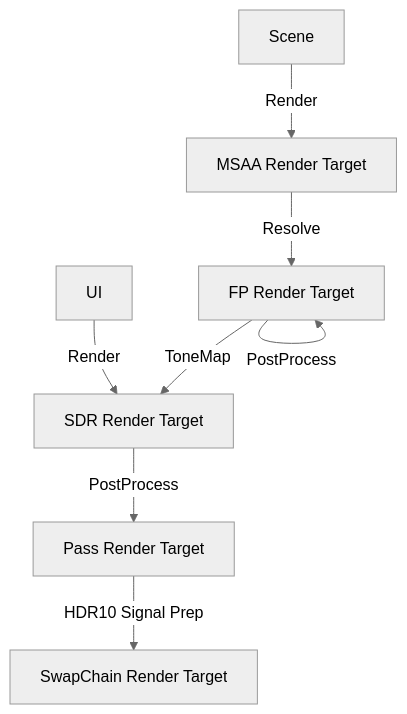
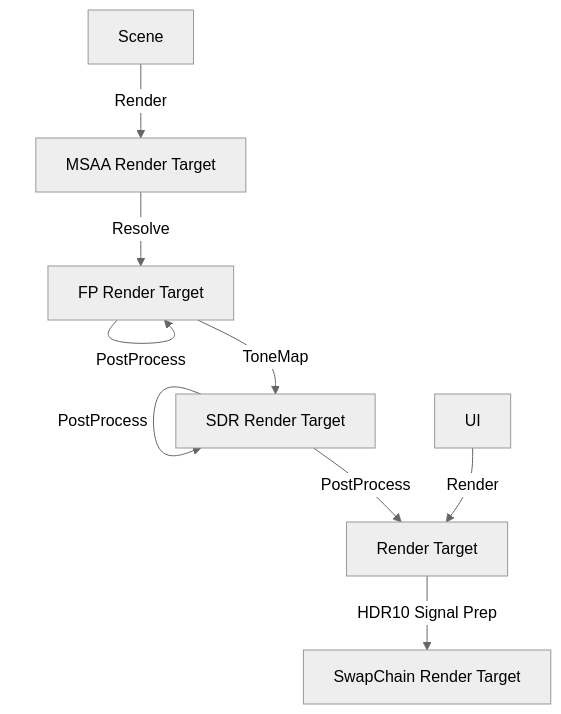
Before and after one commit to neogrammer/Wiki: the second of 2 diagrams in Using-HDR-rendering.md, drawn with Mermaid (neutral theme).

Commit message:
Updated Using HDR rendering (markdown)

````diff
--- a/Using-HDR-rendering.md
+++ b/Using-HDR-rendering.md
@@ -281,10 +281,11 @@
 ```mermaid
 graph TD;
    S[Scene] --> |Render| MSAA[MSAA Render Target]
    MSAA --> |Resolve| HRT[FP Render Target]
    HRT --> |PostProcess| HRT
    HRT --> |ToneMap| RT[SDR Render Target]
-   UI --> |Render| RT
-   RT --> |PostProcess| RT2[Pass Render Target]
-   RT2 --> |HDR10 Signal Prep| SC[SwapChain Render Target]
+   RT --> |PostProcess| RT
+   RT --> |PostProcess| FRT[Render Target]
+   UI --> |Render| FRT
+   FRT --> |HDR10 Signal Prep| SC[SwapChain Render Target]
 ```
````
